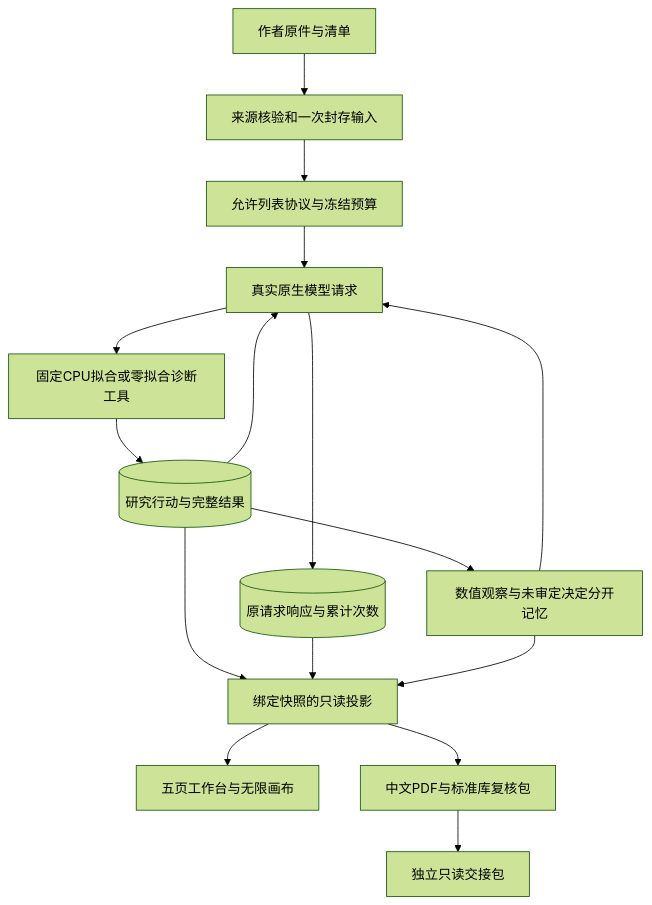
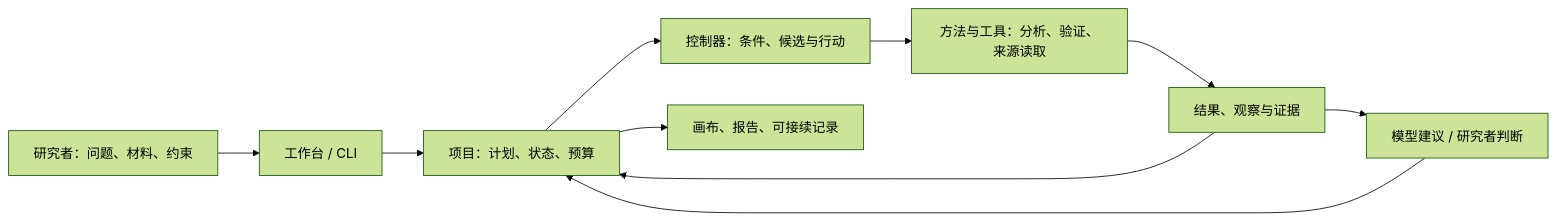
The diagram in docs/architecture.md (open-agent-power/auto-research-agentarts), drawn with Mermaid (forest theme) before and after one commit. The commit also changed other lines of this file and 3 other files, not shown here.

Commit message:
Clarify current architecture and local document boundaries

````diff
--- a/docs/architecture.md
+++ b/docs/architecture.md
@@ -60,18 +7,12 @@
 ```mermaid
-flowchart TB
-  sources[作者原件与清单] --> prepare[来源核验和一次封存输入]
-  prepare --> protocol[允许列表协议与冻结预算]
-  protocol --> native[真实原生模型请求]
-  native --> tools[固定CPU拟合或零拟合诊断工具]
-  tools --> actions[(研究行动与完整结果)]
-  native --> journal[(原请求响应与累计次数)]
-  actions --> native
-  actions --> memory[数值观察与未审定决定分开记忆]
-  memory --> native
-  actions --> projection[绑定快照的只读投影]
-  journal --> projection
-  memory --> projection
-  projection --> workbench[五页工作台与无限画布]
-  projection --> reports[中文PDF与标准库复核包]
-  reports --> handoff[独立只读交接包]
+flowchart LR
+  U[研究者：问题、材料、约束] --> W[工作台 / CLI]
+  W --> P[项目：计划、状态、预算]
+  P --> C[控制器：条件、候选与行动]
+  C --> M[方法与工具：分析、验证、来源读取]
+  M --> O[结果、观察与证据]
+  O --> P
+  O --> H[模型建议 / 研究者判断]
+  H --> P
+  P --> R[画布、报告、可接续记录]
 ```
````
